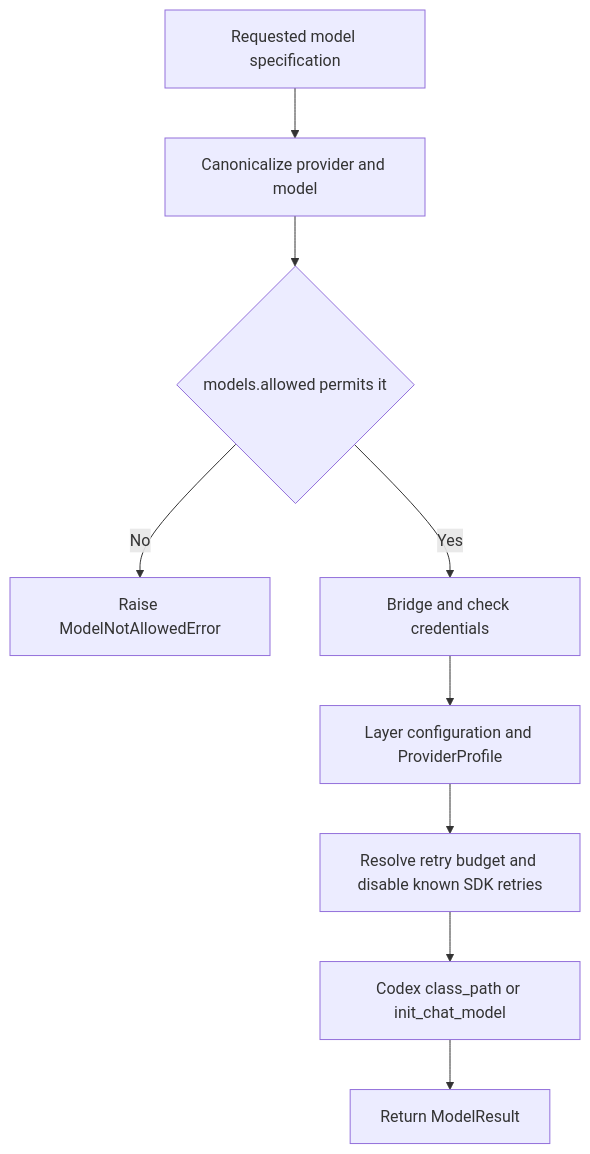
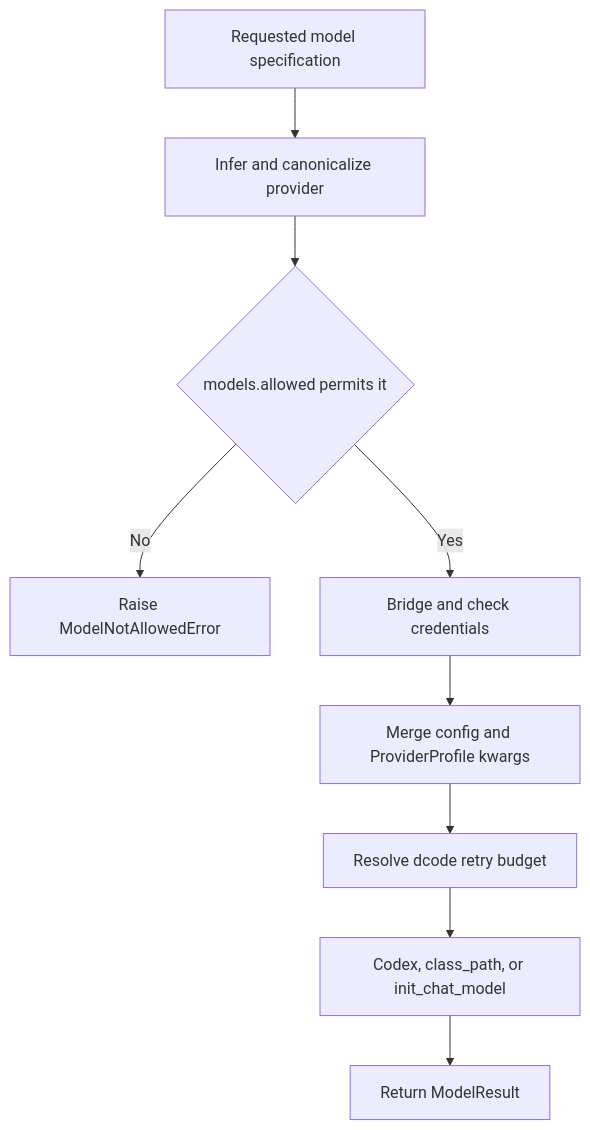
One commit to langchain-ai/deepagents changed the second of 2 diagrams in openwiki/concepts/profiles-models.md. Above: the diagram before and after it, drawn with Mermaid. The commit also changed other lines of this file and 43 other files, not shown here.

````diff
--- a/openwiki/concepts/profiles-models.md
+++ b/openwiki/concepts/profiles-models.md
@@ -108,11 +97,11 @@
 ```mermaid
 flowchart TD
-    Request["Requested model specification"] --> Resolve["Canonicalize provider and model"]
-    Resolve --> Allowed{"models.allowed permits it"}
-    Allowed -->|No| Denied["Raise ModelNotAllowedError"]
-    Allowed -->|Yes| Credentials["Bridge and check credentials"]
-    Credentials --> Profile["Layer configuration and ProviderProfile"]
-    Profile --> Retries["Resolve retry budget and disable known SDK retries"]
-    Retries --> Build["Codex class_path or init_chat_model"]
-    Build --> Result["Return ModelResult"]
+    Request["Requested model specification"] --> Canonical["Infer and canonicalize provider"]
+    Canonical --> Permit{"models.allowed permits it"}
+    Permit -->|No| Deny["Raise ModelNotAllowedError"]
+    Permit -->|Yes| Credentials["Bridge and check credentials"]
+    Credentials --> Compose["Merge config and ProviderProfile kwargs"]
+    Compose --> Retry["Resolve dcode retry budget"]
+    Retry --> Construct["Codex, class_path, or init_chat_model"]
+    Construct --> Result["Return ModelResult"]
 ```
````
